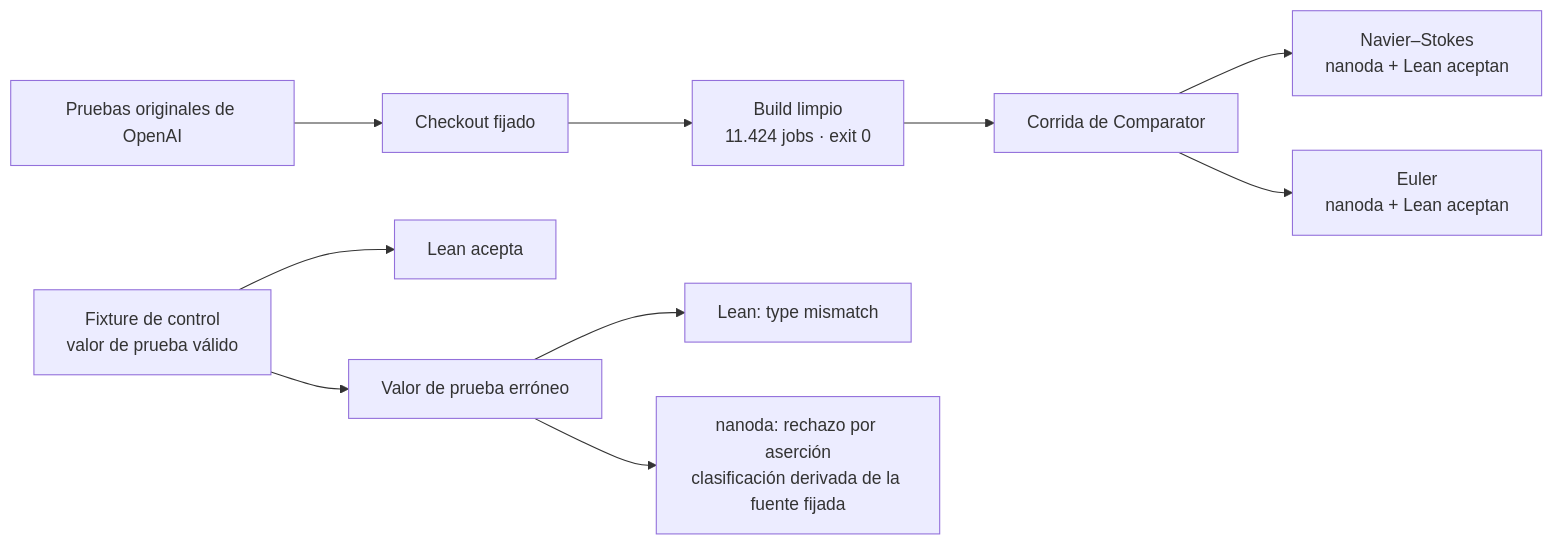
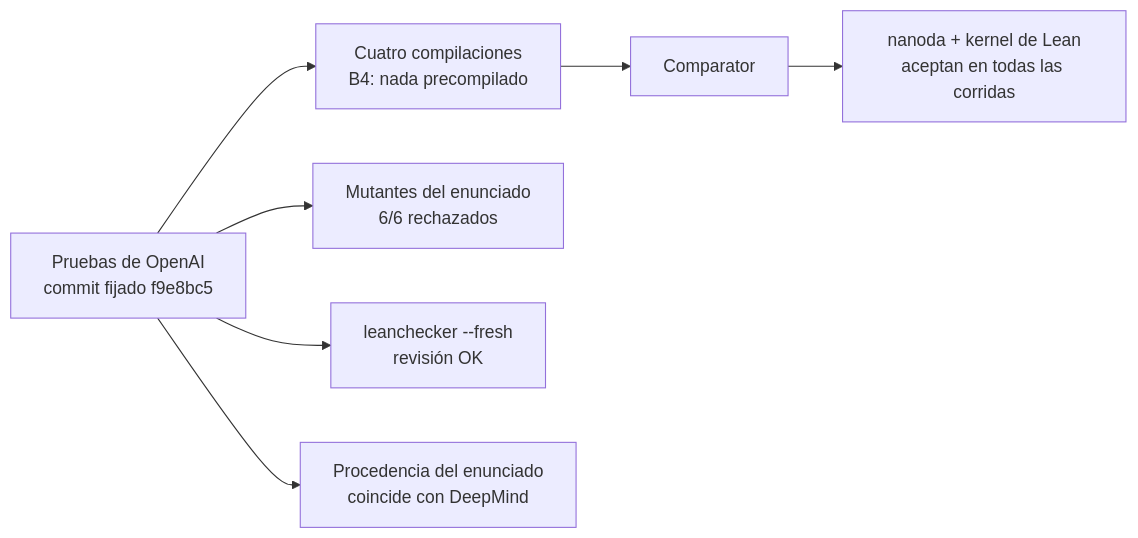
Before and after one commit to criguex/scientific-qa-evidence: the diagram in README.es.md, drawn with Mermaid. The commit also changed other lines of this file and 23 other files, not shown here.

````diff
--- a/README.es.md
+++ b/README.es.md
@@ -72,11 +50,9 @@
 ```mermaid
 flowchart LR
-    A[Pruebas originales de OpenAI] --> B[Checkout fijado]
-    B --> C[Build limpio<br/>11.424 jobs · exit 0]
-    C --> D[Corrida de Comparator]
-    D --> E[Navier–Stokes<br/>nanoda + Lean aceptan]
-    D --> F[Euler<br/>nanoda + Lean aceptan]
-    G[Fixture de control<br/>valor de prueba válido] --> H[Lean acepta]
-    G --> I[Valor de prueba erróneo] --> J[Lean: type mismatch]
-    I --> K[nanoda: rechazo por aserción<br/>clasificación derivada de la fuente fijada]
+    A[Pruebas de OpenAI<br/>commit fijado f9e8bc5] --> B[Cuatro compilaciones<br/>B4: nada precompilado]
+    B --> C[Comparator]
+    C --> D[nanoda + kernel de Lean<br/>aceptan en todas las corridas]
+    A --> E[Mutantes del enunciado<br/>6/6 rechazados]
+    A --> F[leanchecker --fresh<br/>revisión OK]
+    A --> G[Procedencia del enunciado<br/>coincide con DeepMind]
 ```
````
